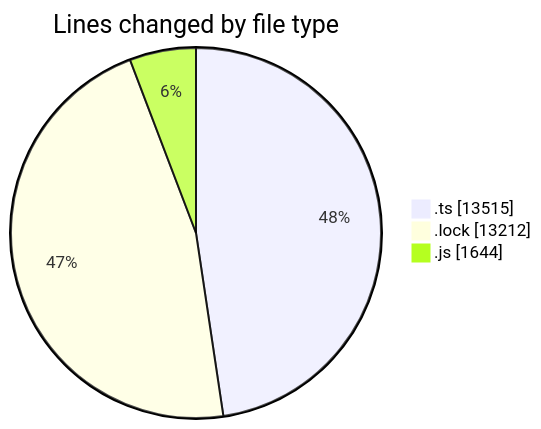
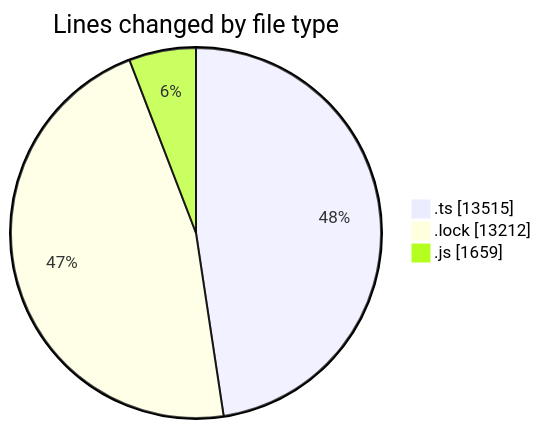
One commit to momahboobian/code-tracking changed the first of 2 diagrams in 2025-05-16/cda/README.md. Above: the diagram before and after it, drawn with Mermaid. The commit also changed other lines of this file and 1 other file, not shown here.

````diff
--- a/2025-05-16/cda/README.md
+++ b/2025-05-16/cda/README.md
@@ -29,7 +29,7 @@
 ```mermaid
 pie showData
 title Lines changed by file type
 ".ts" : 13515
 ".lock" : 13212
-".js" : 1644
+".js" : 1659
 ```
````
